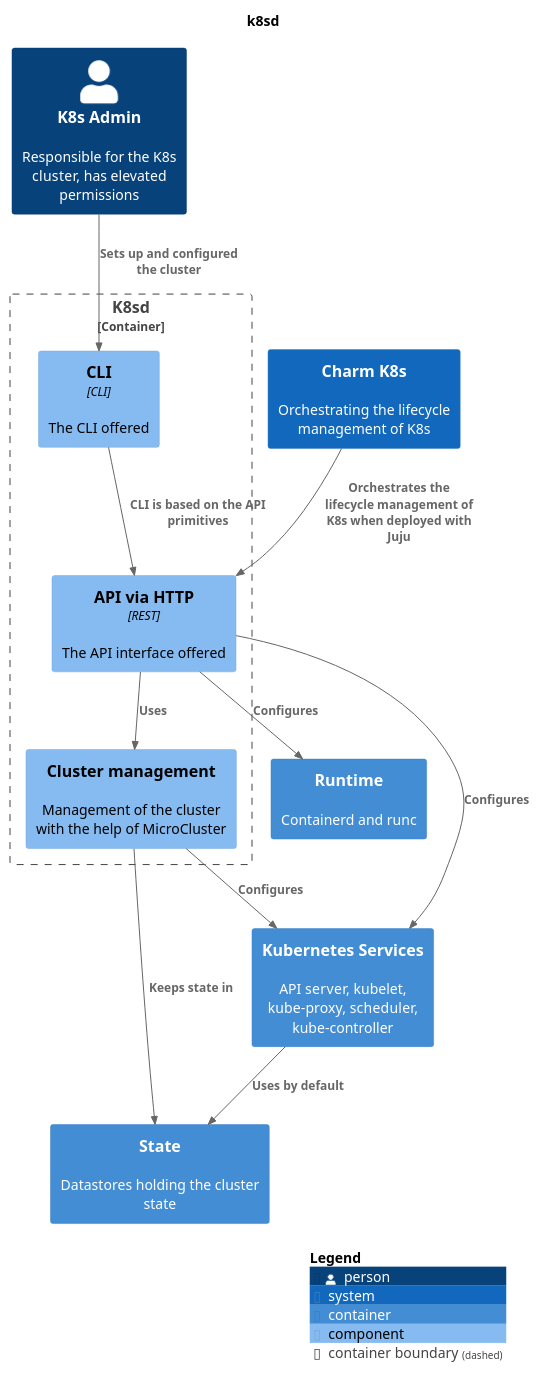
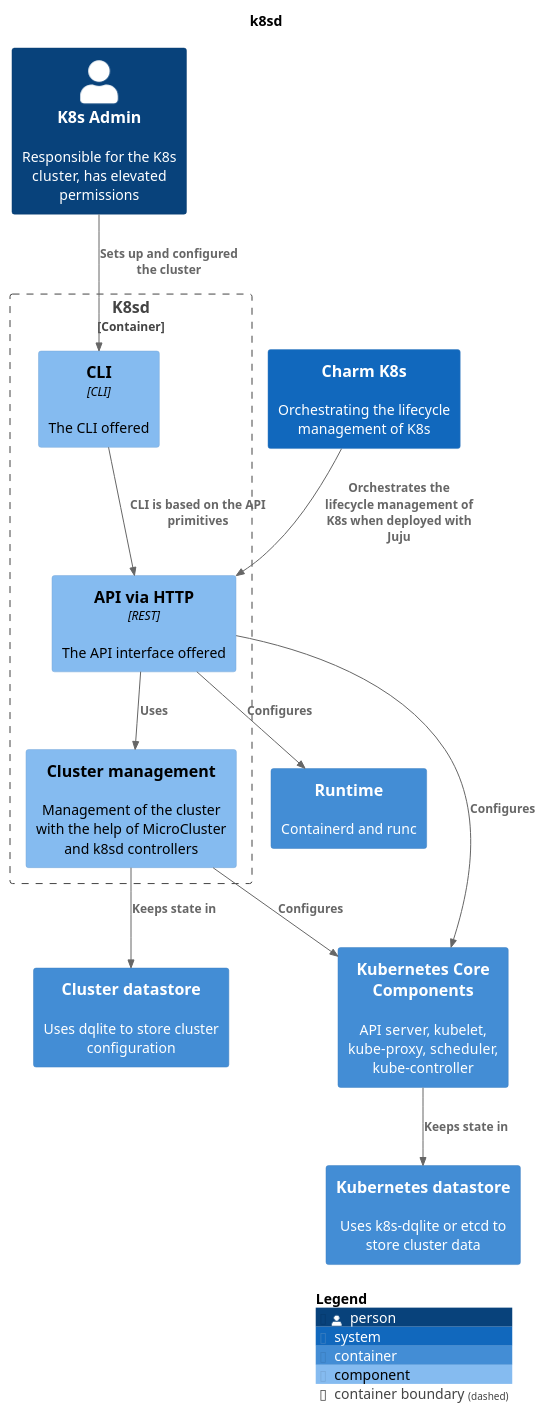
The diagram in docs/canonicalk8s/assets/k8sd-component.puml (canonical/k8s-snap), drawn with PlantUML before and after one commit. The commit also changed 163 other files, not shown here.

```diff
--- a/docs/canonicalk8s/assets/k8sd-component.puml
+++ b/docs/canonicalk8s/assets/k8sd-component.puml
@@ -1,35 +1,36 @@
 @startuml
 set separator none
 title k8sd
 
 top to bottom direction
 
 !include <C4/C4>
 !include <C4/C4_Context>
 !include <C4/C4_Container>
 !include <C4/C4_Component>
 
 Person(K8sAdmin, "K8s Admin", $descr="Responsible for the K8s cluster, has elevated permissions", $tags="", $link="")
 Container(K8sSnapDistribution.Runtime, "Runtime", $techn="", $descr="Containerd and runc", $tags="", $link="")
 System(CharmK8s, "Charm K8s", $descr="Orchestrating the lifecycle management of K8s", $tags="", $link="")
-Container(K8sSnapDistribution.State, "State", $techn="", $descr="Datastores holding the cluster state", $tags="", $link="")
-Container(K8sSnapDistribution.KubernetesServices, "Kubernetes Services", $techn="", $descr="API server, kubelet, kube-proxy, scheduler, kube-controller", $tags="", $link="")
+Container(K8sSnapDistribution.ClusterDatastore, "Cluster datastore", $techn="", $descr="Uses dqlite to store cluster configuration", $tags="", $link="")
+Container(K8sSnapDistribution.KubernetesDatastore, "Kubernetes datastore", $techn="", $descr="Uses k8s-dqlite or etcd to store cluster data", $tags="", $link="")
+Container(K8sSnapDistribution.KubernetesCoreComponents, "Kubernetes Core Components", $techn="", $descr="API server, kubelet, kube-proxy, scheduler, kube-controller", $tags="", $link="")
 
 Container_Boundary("K8sSnapDistribution.K8sd_boundary", "K8sd", $tags="") {
   Component(K8sSnapDistribution.K8sd.CLI, "CLI", $techn="CLI", $descr="The CLI offered", $tags="", $link="")
   Component(K8sSnapDistribution.K8sd.APIviaHTTP, "API via HTTP", $techn="REST", $descr="The API interface offered", $tags="", $link="")
-  Component(K8sSnapDistribution.K8sd.CLustermanagement, "Cluster management", $techn="", $descr="Management of the cluster with the help of MicroCluster", $tags="", $link="")
+  Component(K8sSnapDistribution.K8sd.CLustermanagement, "Cluster management", $techn="", $descr="Management of the cluster with the help of MicroCluster and k8sd controllers", $tags="", $link="")
 }
 
 Rel(K8sAdmin, K8sSnapDistribution.K8sd.CLI, "Sets up and configured the cluster", $techn="", $tags="", $link="")
 Rel(CharmK8s, K8sSnapDistribution.K8sd.APIviaHTTP, "Orchestrates the lifecycle management of K8s when deployed with Juju", $techn="", $tags="", $link="")
-Rel(K8sSnapDistribution.K8sd.CLustermanagement, K8sSnapDistribution.KubernetesServices, "Configures", $techn="", $tags="", $link="")
-Rel(K8sSnapDistribution.KubernetesServices, K8sSnapDistribution.State, "Uses by default", $techn="", $tags="", $link="")
-Rel(K8sSnapDistribution.K8sd.CLustermanagement, K8sSnapDistribution.State, "Keeps state in", $techn="", $tags="", $link="")
-Rel(K8sSnapDistribution.K8sd.APIviaHTTP, K8sSnapDistribution.KubernetesServices, "Configures", $techn="", $tags="", $link="")
+Rel(K8sSnapDistribution.K8sd.CLustermanagement, K8sSnapDistribution.KubernetesCoreComponents, "Configures", $techn="", $tags="", $link="")
+Rel(K8sSnapDistribution.KubernetesCoreComponents, K8sSnapDistribution.KubernetesDatastore, "Keeps state in", $techn="", $tags="", $link="")
+Rel(K8sSnapDistribution.K8sd.CLustermanagement, K8sSnapDistribution.ClusterDatastore, "Keeps state in", $techn="", $tags="", $link="")
+Rel(K8sSnapDistribution.K8sd.APIviaHTTP, K8sSnapDistribution.KubernetesCoreComponents, "Configures", $techn="", $tags="", $link="")
 Rel(K8sSnapDistribution.K8sd.APIviaHTTP, K8sSnapDistribution.Runtime, "Configures", $techn="", $tags="", $link="")
 Rel(K8sSnapDistribution.K8sd.APIviaHTTP, K8sSnapDistribution.K8sd.CLustermanagement, "Uses", $techn="", $tags="", $link="")
 Rel(K8sSnapDistribution.K8sd.CLI, K8sSnapDistribution.K8sd.APIviaHTTP, "CLI is based on the API primitives", $techn="", $tags="", $link="")
 
 SHOW_LEGEND(true)
 @enduml
```
